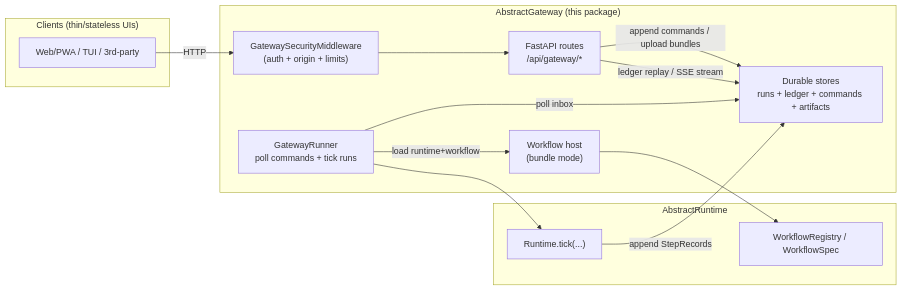
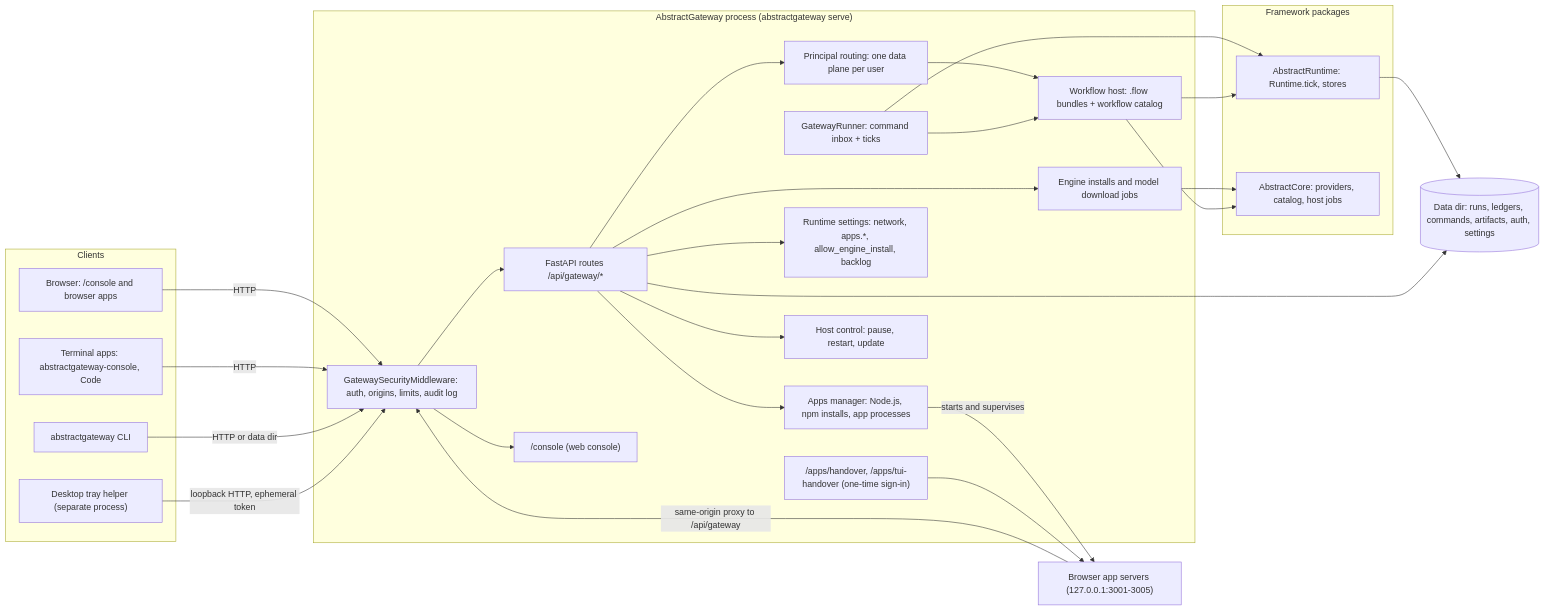
One commit to lpalbou/AbstractGateway changed the first of 3 diagrams in docs/architecture.md. Above: the diagram before and after it, drawn with Mermaid. The commit also changed other lines of this file and 27 other files, not shown here.

First line of the commit message:
docs: coredoc pass for 0.4.2 (troubleshooting, architecture, index, changelog)

````diff
--- a/docs/architecture.md
+++ b/docs/architecture.md
@@ -22,28 +37,53 @@
 ```mermaid
 flowchart LR
-  subgraph Clients["Clients (thin/stateless UIs)"]
-    UI["Web/PWA / TUI / 3rd-party"]
+  subgraph Clients["Clients"]
+    Browser["Browser: /console and browser apps"]
+    TUI["Terminal apps: abstractgateway-console, Code"]
+    Tray["Desktop tray helper (separate process)"]
+    CLI["abstractgateway CLI"]
   end
 
-  subgraph GW["AbstractGateway (this package)"]
-    Sec["GatewaySecurityMiddleware\n(auth + origin + limits)"]
-    API["FastAPI routes\n/api/gateway/*"]
-    Runner["GatewayRunner\npoll commands + tick runs"]
-    Host["Workflow host\n(bundle mode)"]
-    Stores["Durable stores\nruns + ledger + commands + artifacts"]
+  subgraph GW["AbstractGateway process (abstractgateway serve)"]
+    Sec["GatewaySecurityMiddleware: auth, origins, limits, audit log"]
+    Routes["FastAPI routes /api/gateway/*"]
+    Console["/console (web console)"]
+    Handover["/apps/handover, /apps/tui-handover (one-time sign-in)"]
+    Principals["Principal routing: one data plane per user"]
+    Runner["GatewayRunner: command inbox + ticks"]
+    Host["Workflow host: .flow bundles + workflow catalog"]
+    Settings["Runtime settings: network, apps.*, allow_engine_install, backlog"]
+    AppsMgr["Apps manager: Node.js, npm installs, app processes"]
+    Jobs["Engine installs and model download jobs"]
+    HostCtl["Host control: pause, restart, update"]
   end
 
-  subgraph RT["AbstractRuntime"]
-    Runtime["Runtime.tick(...)"]
-    Registry["WorkflowRegistry / WorkflowSpec"]
+  subgraph Lower["Framework packages"]
+    RT["AbstractRuntime: Runtime.tick, stores"]
+    Core["AbstractCore: providers, catalog, host jobs"]
   end
 
-  UI -->|HTTP| Sec --> API
-  API -->|append commands / upload bundles| Stores
-  API -->|ledger replay / SSE stream| Stores
-  Runner -->|poll inbox| Stores
-  Runner -->|load runtime+workflow| Host
-  Host --> Registry
-  Runner --> Runtime
-  Runtime -->|append StepRecords| Stores
+  Data[("Data dir: runs, ledgers, commands, artifacts, auth, settings")]
+  Apps["Browser app servers (127.0.0.1:3001-3005)"]
+
+  Browser -->|HTTP| Sec
+  TUI -->|HTTP| Sec
+  CLI -->|HTTP or data dir| Sec
+  Tray -->|loopback HTTP, ephemeral token| Sec
+  Sec --> Routes
+  Sec --> Console
+  Routes --> Principals --> Host
+  Routes --> Settings
+  Routes --> AppsMgr
+  Routes --> Jobs
+  Routes --> HostCtl
+  Runner --> Host
+  Runner --> RT
+  Host --> RT
+  RT --> Data
+  Routes --> Data
+  Jobs --> Core
+  Host --> Core
+  AppsMgr -->|starts and supervises| Apps
+  Handover --> Apps
+  Apps -->|same-origin proxy to /api/gateway| Sec
 ```
````
